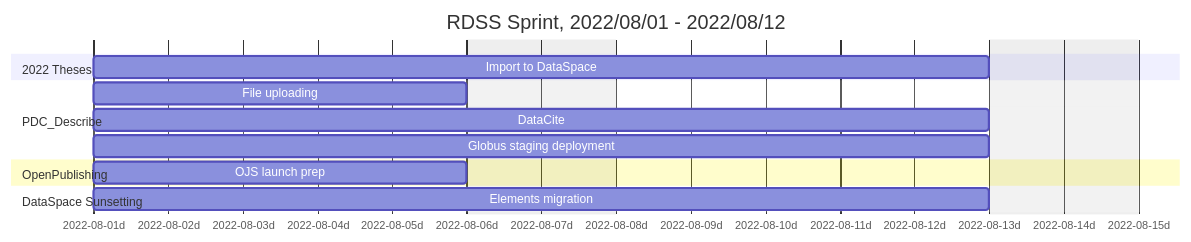
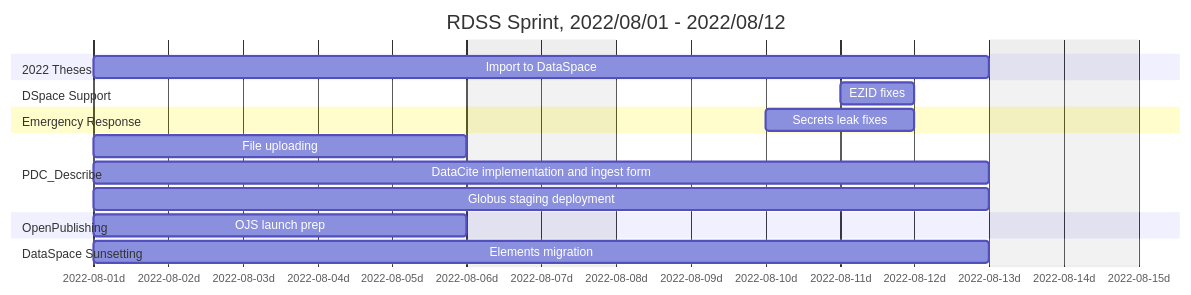
One commit to pulibrary/rdss-handbook changed the second of 3 diagrams in roadmap.md. Above: the diagram before and after it, drawn with Mermaid.

Commit message:
Updated bi-weekly sprint

````diff
--- a/roadmap.md
+++ b/roadmap.md
@@ -44,17 +44,21 @@
 ```mermaid
 gantt
     title RDSS Sprint, 2022/08/01 - 2022/08/12
     axisFormat  %Y-%m-%dd
     dateformat YYYY-MM-DD
     excludes    weekends
     section 2022 Theses
     Import to DataSpace: th1, 2022-08-01, 10d
+    section DSpace Support
+    EZID fixes: 2022-08-11, 1d
+    section Emergency Response
+    Secrets leak fixes: 2022-08-10, 2d
     section PDC_Describe
     File uploading: pd1, 2022-08-01, 5d
-    DataCite: pd2, 2022-08-01, 10d
+    DataCite implementation and ingest form: pd2, 2022-08-01, 10d
     Globus staging deployment: 2022-08-01, 10d
     section OpenPublishing
     OJS launch prep: ojs1, 2022-08-01, 5d
     section DataSpace Sunsetting
     Elements migration: 2022-08-01, 10d
 ```
````
